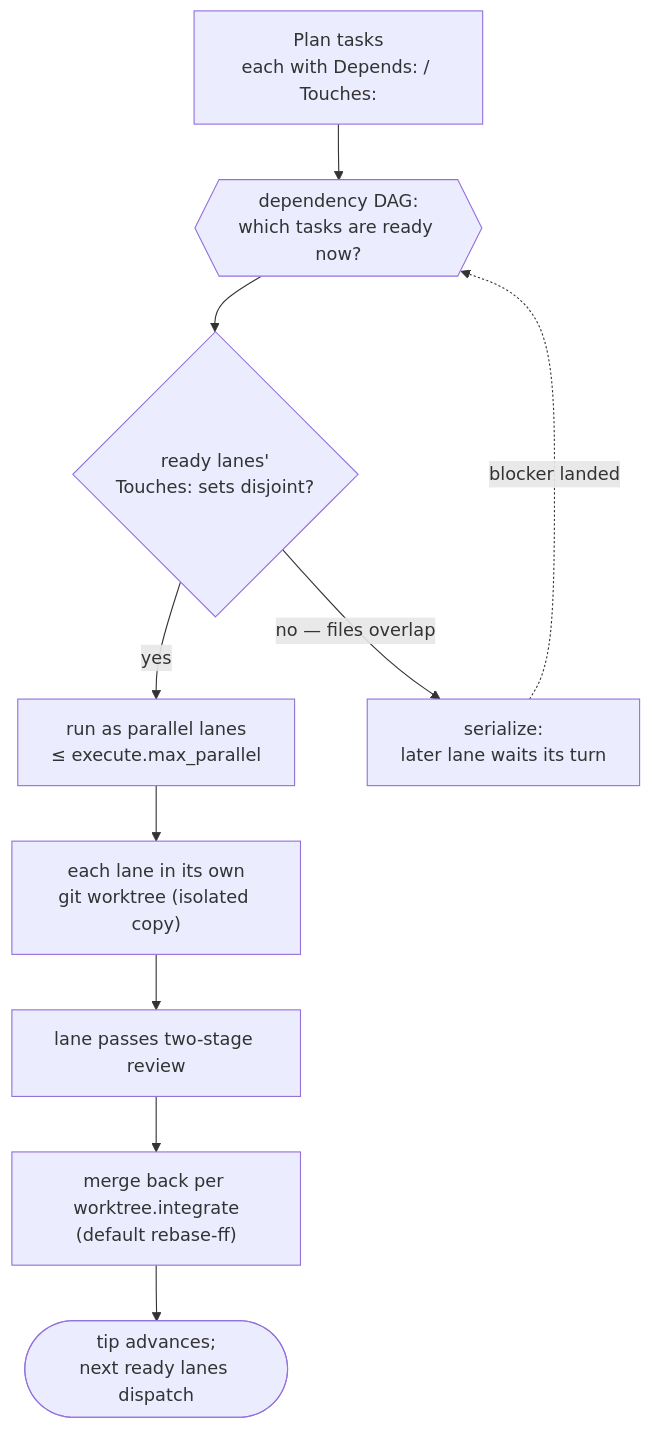
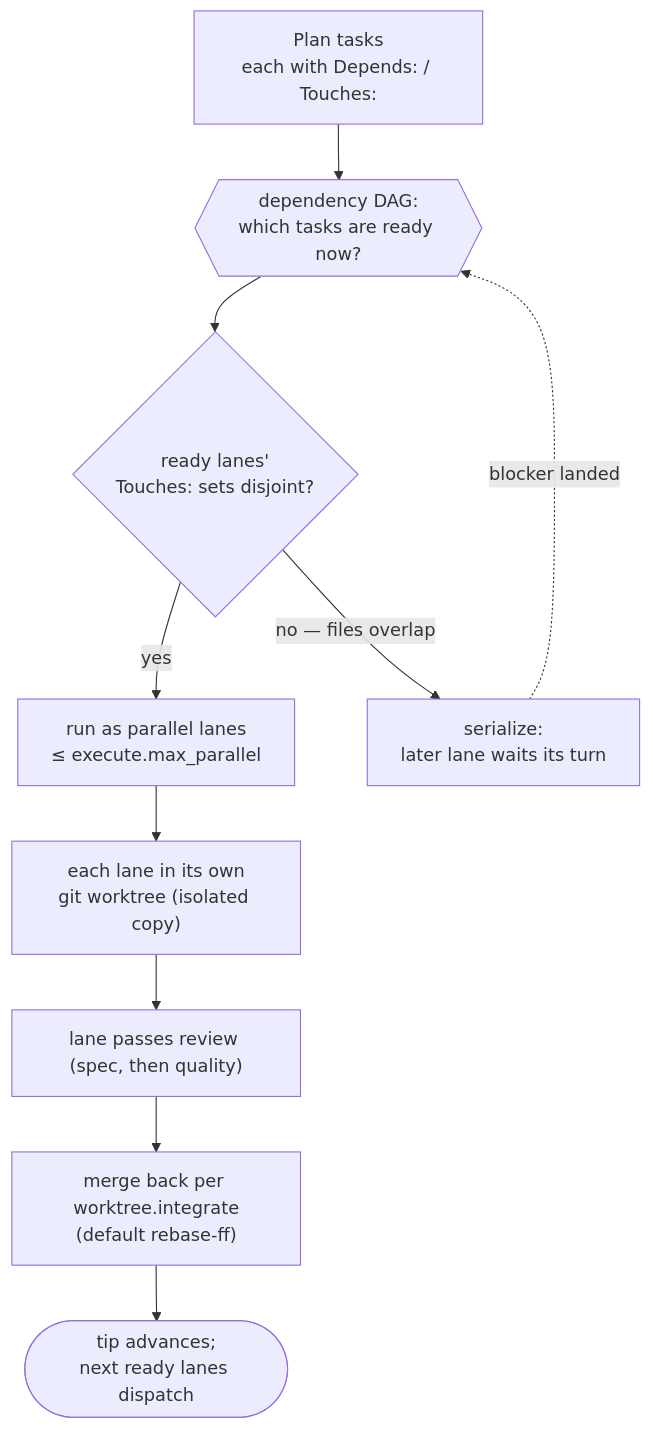
One commit to sentasity/cadence changed the diagram in website/src/content/docs/concepts/parallelism-and-worktrees.mdx. Above: the diagram before and after it, drawn with Mermaid. The commit also changed 16 other files, not shown here.

First line of the commit message:
feat(agents): cadence-reviewer (one reviewer per lane, two verdicts, v0.24.0) (#40)

````diff
--- a/website/src/content/docs/concepts/parallelism-and-worktrees.mdx
+++ b/website/src/content/docs/concepts/parallelism-and-worktrees.mdx
@@ -46,12 +46,12 @@
 ```mermaid
 flowchart TB
     plan["Plan tasks<br/>each with Depends: / Touches:"] --> dag{{"dependency DAG:<br/>which tasks are ready now?"}}
     dag --> guard{"ready lanes'<br/>Touches: sets disjoint?"}
     guard -->|yes| run["run as parallel lanes<br/>≤ execute.max_parallel"]
     guard -->|"no — files overlap"| wait["serialize:<br/>later lane waits its turn"]
     run --> wt["each lane in its own<br/>git worktree (isolated copy)"]
-    wt --> review["lane passes two-stage review"]
+    wt --> review["lane passes review (spec, then quality)"]
     review --> merge["merge back per worktree.integrate<br/>(default rebase-ff)"]
     merge --> tip(["tip advances;<br/>next ready lanes dispatch"])
     wait -.->|blocker landed| dag
 ```
````
